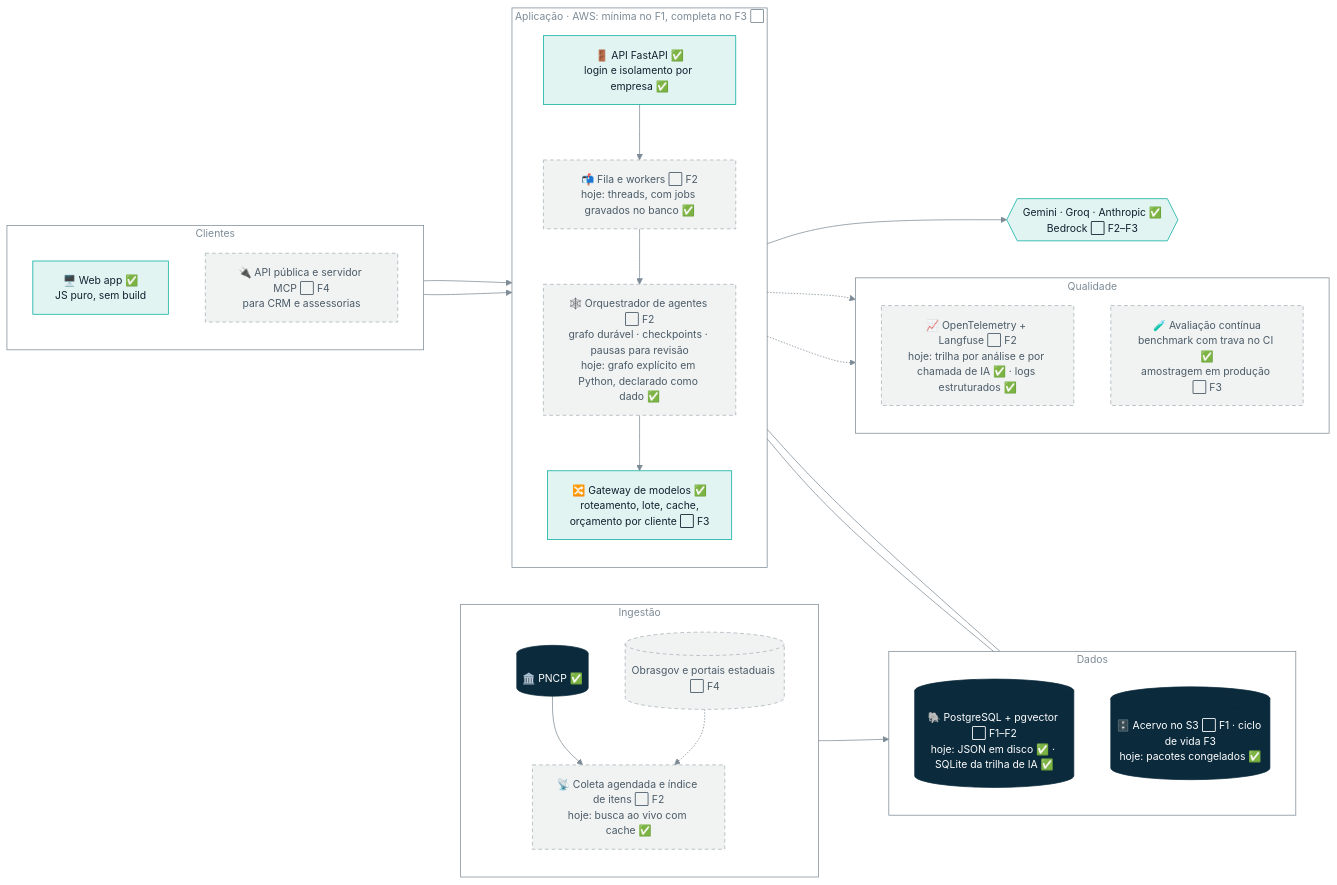
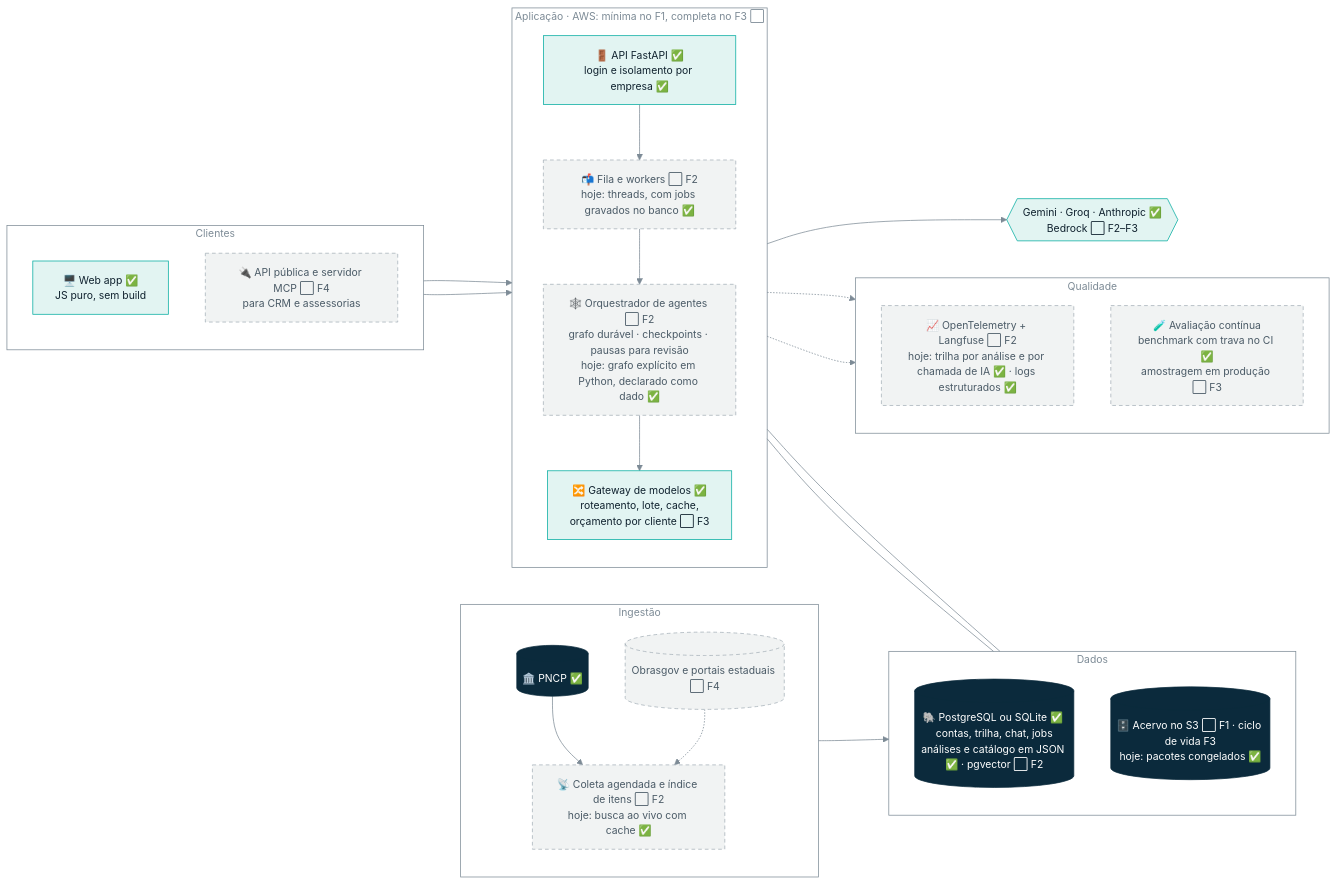
Before and after one commit to Omniamind-org/obranexo: the fourth of 5 diagrams in README.md, drawn with Mermaid. The commit also changed other lines of this file and 20 other files, not shown here.

First line of the commit message:
feat(banco): PostgreSQL opcional com SQLAlchemy e Alembic; SQLite segue como padrão

````diff
--- a/README.md
+++ b/README.md
@@ -418,45 +418,45 @@
 ```mermaid
 %%{init: {'theme':'base','themeVariables':{'primaryColor':'#e2f4f2','primaryTextColor':'#10222f','primaryBorderColor':'#00ab9f','lineColor':'#7d8b96','edgeLabelBackground':'#f1f3f3','fontSize':'14px','clusterBkg':'transparent','clusterBorder':'#7d8b96','titleColor':'#7d8b96'}}}%%
 flowchart LR
   subgraph CLI[" Clientes "]
     direction TB
     W[🖥️ Web app ✅<br/>JS puro, sem build]:::inf
     API2[🔌 API pública e servidor MCP ⬜ F4<br/>para CRM e assessorias]:::plan
   end
   subgraph APP[" Aplicação · AWS: mínima no F1, completa no F3 ⬜ "]
     direction TB
     G[🚪 API FastAPI ✅<br/>login e isolamento por empresa ✅]:::inf
     Q[📬 Fila e workers ⬜ F2<br/>hoje: threads, com jobs gravados no banco ✅]:::plan
     OR[🕸️ Orquestrador de agentes ⬜ F2<br/>grafo durável · checkpoints · pausas para revisão<br/>hoje: grafo explícito em Python, declarado como dado ✅]:::plan
     GW[🔀 Gateway de modelos ✅<br/>roteamento, lote, cache,<br/>orçamento por cliente ⬜ F3]:::inf
   end
   subgraph DAT[" Dados "]
     direction TB
-    PG[(🐘 PostgreSQL + pgvector ⬜ F1–F2<br/>hoje: JSON em disco ✅ · SQLite da trilha de IA ✅)]:::mem
+    PG[(🐘 PostgreSQL ou SQLite ✅ contas, trilha, chat, jobs<br/>análises e catálogo em JSON ✅ · pgvector ⬜ F2)]:::mem
     S3[(🗄️ Acervo no S3 ⬜ F1 · ciclo de vida F3<br/>hoje: pacotes congelados ✅)]:::mem
   end
   subgraph ING[" Ingestão "]
     direction TB
     PN[(🏛️ PNCP ✅)]:::mem
     IG[📡 Coleta agendada e índice de itens ⬜ F2<br/>hoje: busca ao vivo com cache ✅]:::plan
     OUT[(Obrasgov e portais estaduais ⬜ F4)]:::plan
   end
   subgraph OBS[" Qualidade "]
     direction TB
     OT[📈 OpenTelemetry + Langfuse ⬜ F2<br/>hoje: trilha por análise e por chamada de IA ✅ · logs estruturados ✅]:::plan
     EV[🧪 Avaliação contínua<br/>benchmark com trava no CI ✅<br/>amostragem em produção ⬜ F3]:::plan
   end
   LLM{{Gemini · Groq · Anthropic ✅<br/>Bedrock ⬜ F2–F3}}:::inf
   W --> G
   API2 --> G
   G --> Q --> OR --> GW --> LLM
   OR --- PG
   OR --- S3
   PN --> IG --> PG
   OUT -.-> IG
   OR -.-> OT
   OR -.-> EV
   classDef plan fill:#f1f3f3,stroke:#a5b0b8,color:#4b5b67,stroke-dasharray:5 4
   classDef mem fill:#0b2a3c,stroke:#0b2a3c,color:#ffffff
   classDef inf fill:#e2f4f2,stroke:#00ab9f,color:#10222f
 ```
````
